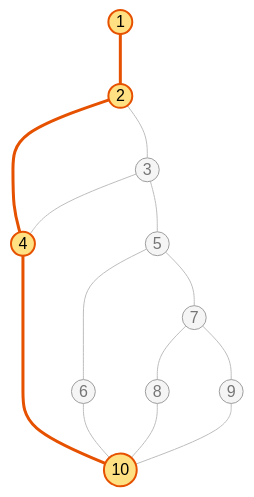
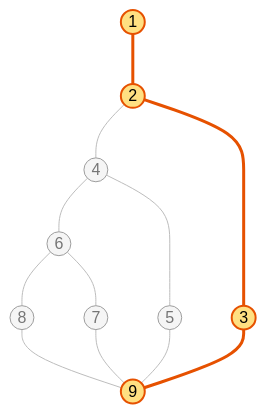
Before and after one commit to bloedige/itdb_ctf: the second of 5 diagrams in tests/docs/caja_blanca_04_verificar_credenciales.md, drawn with Mermaid. The commit also changed other lines of this file and 47 other files, not shown here.

````diff
--- a/tests/docs/caja_blanca_04_verificar_credenciales.md
+++ b/tests/docs/caja_blanca_04_verificar_credenciales.md
@@ -85,21 +87,19 @@
 ```mermaid
 graph TD
     n1((1)) --- n2((2))
     n2 --- n4((4))
-    n4 --- n10((10))
+    n4 --- n6((6))
+    n6 --- n8((8))
+    n8 --- n9((9))
+    n6 --- n7((7))
+    n7 --- n9
+    n4 --- n5((5))
+    n5 --- n9
     n2 --- n3((3))
-    n3 --- n4
-    n3 --- n5((5))
-    n5 --- n6((6))
-    n6 --- n10
-    n5 --- n7((7))
-    n7 --- n8((8))
-    n8 --- n10
-    n7 --- n9((9))
-    n9 --- n10
+    n3 --- n9
     classDef default fill:#f5f5f5,stroke:#9e9e9e,color:#757575
     classDef camino fill:#ffe082,stroke:#e65100,stroke-width:2px,color:#000
-    class n1,n2,n4,n10 camino
+    class n1,n2,n3,n9 camino
     linkStyle default stroke:#bdbdbd,stroke-width:1px
-    linkStyle 0,1,2 stroke:#e65100,stroke-width:3px
+    linkStyle 0,9,10 stroke:#e65100,stroke-width:3px
 ```
````
